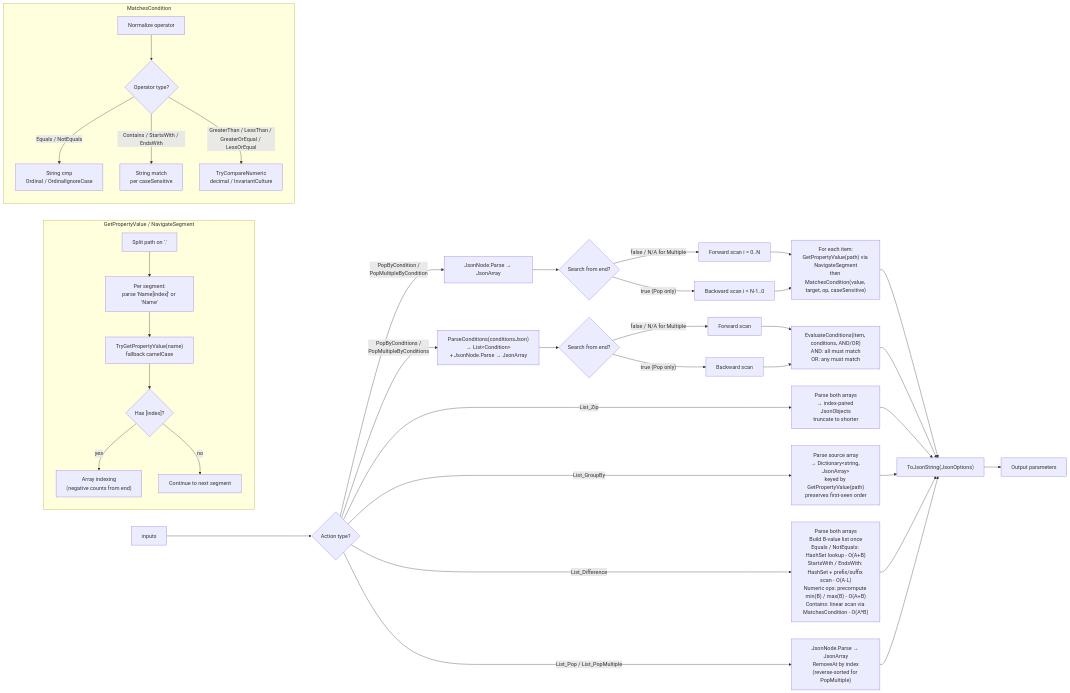
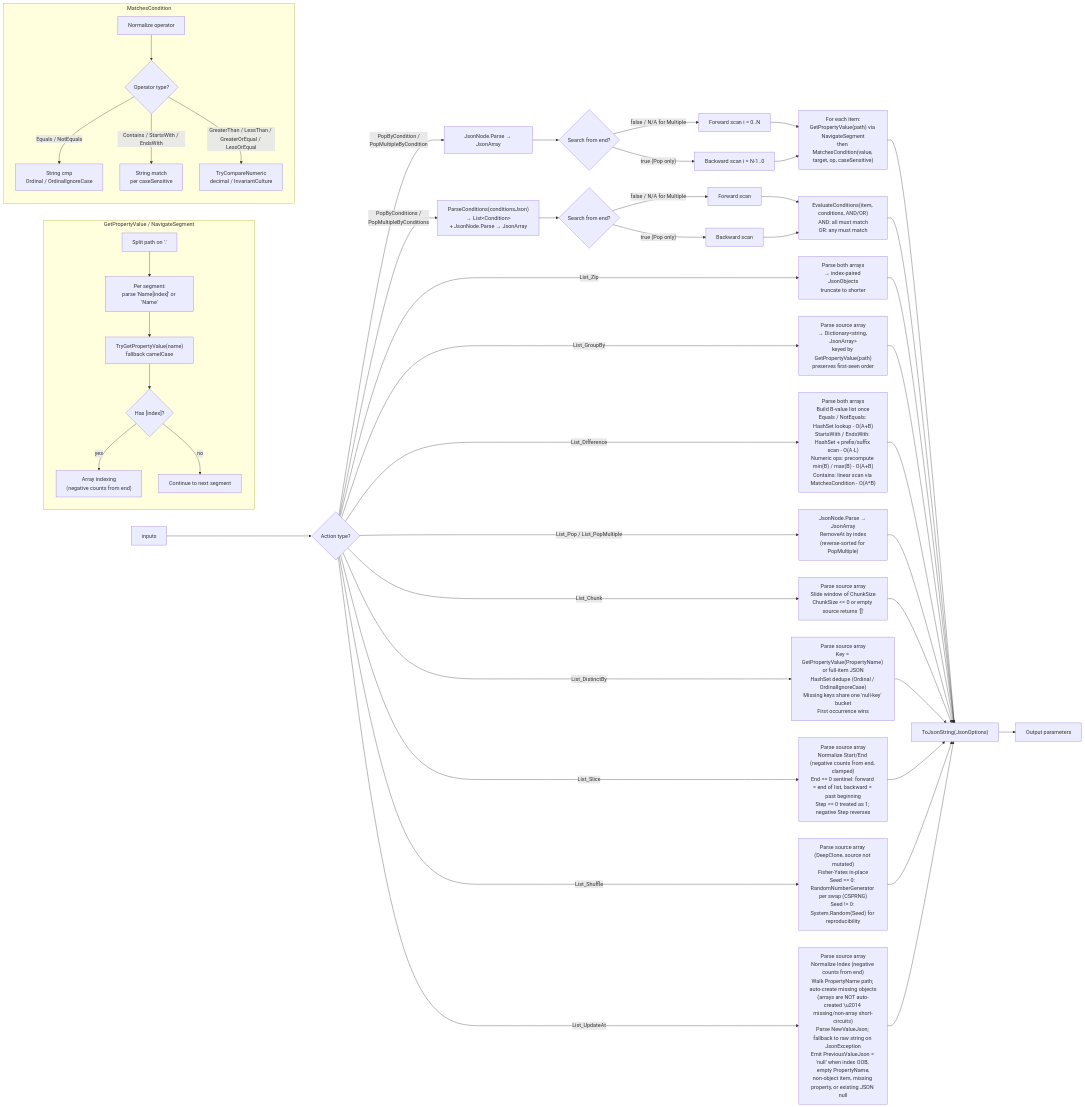
One commit to alex-cres/OSListUtilsServerSide changed the diagram in ARCHITECTURE.md. Above: the diagram before and after it, drawn with Mermaid. The commit also changed other lines of this file and 22 other files, not shown here.

````diff
--- a/ARCHITECTURE.md
+++ b/ARCHITECTURE.md
@@ -66,52 +68,67 @@
 ```mermaid
 flowchart LR
     In[inputs] --> Type{Action type?}
 
     Type -->|List_Pop / List_PopMultiple| IndexOp["JsonNode.Parse → JsonArray<br/>RemoveAt by index<br/>(reverse-sorted for PopMultiple)"]
 
     Type -->|PopByCondition /<br/>PopMultipleByCondition| ParseSingle[JsonNode.Parse → JsonArray]
     ParseSingle --> SingleScan{Search from end?}
     SingleScan -->|"false / N/A for Multiple"| ScanFwd[Forward scan i = 0..N]
     SingleScan -->|"true (Pop only)"| ScanBwd[Backward scan i = N-1..0]
     ScanFwd --> Eval1["For each item:<br/>GetPropertyValue(path) via NavigateSegment<br/>then MatchesCondition(value, target, op, caseSensitive)"]
     ScanBwd --> Eval1
 
     Type -->|PopByConditions /<br/>PopMultipleByConditions| ParseMulti["ParseConditions(conditionsJson)<br/>→ List&lt;Condition&gt;<br/>+ JsonNode.Parse → JsonArray"]
     ParseMulti --> MultiScan{Search from end?}
     MultiScan -->|"false / N/A for Multiple"| ScanFwdM[Forward scan]
     MultiScan -->|"true (Pop only)"| ScanBwdM[Backward scan]
     ScanFwdM --> Eval2["EvaluateConditions(item, conditions, AND/OR)<br/>AND: all must match<br/>OR: any must match"]
     ScanBwdM --> Eval2
 
     Type -->|List_Zip| Zip[Parse both arrays<br/>→ index-paired JsonObjects<br/>truncate to shorter]
 
     Type -->|List_GroupBy| GroupBy["Parse source array<br/>→ Dictionary&lt;string, JsonArray&gt;<br/>keyed by GetPropertyValue(path)<br/>preserves first-seen order"]
 
     Type -->|List_Difference| Diff["Parse both arrays<br/>Build B-value list once<br/>Equals / NotEquals: HashSet lookup - O(A+B)<br/>StartsWith / EndsWith: HashSet + prefix/suffix scan - O(A·L)<br/>Numeric ops: precompute min(B) / max(B) - O(A+B)<br/>Contains: linear scan via MatchesCondition - O(A*B)"]
 
+    Type -->|List_Chunk| Chunk["Parse source array<br/>Slide window of ChunkSize<br/>ChunkSize &lt;= 0 or empty source returns '[]'"]
+
+    Type -->|List_DistinctBy| Distinct["Parse source array<br/>Key = GetPropertyValue(PropertyName) or full-item JSON<br/>HashSet dedupe (Ordinal / OrdinalIgnoreCase)<br/>Missing keys share one 'null-key' bucket<br/>First occurrence wins"]
+
+    Type -->|List_Slice| Slice["Parse source array<br/>Normalize Start/End (negative counts from end, clamped)<br/>End == 0 sentinel: forward = end of list, backward = past beginning<br/>Step == 0 treated as 1; negative Step reverses"]
+
+    Type -->|List_Shuffle| Shuffle["Parse source array (DeepClone, source not mutated)<br/>Fisher-Yates in-place<br/>Seed == 0: RandomNumberGenerator per swap (CSPRNG)<br/>Seed != 0: System.Random(Seed) for reproducibility"]
+
+    Type -->|List_UpdateAt| UpdateAt["Parse source array<br/>Normalize Index (negative counts from end)<br/>Walk PropertyName path; auto-create missing objects<br/>(arrays are NOT auto-created \u2014 missing/non-array short-circuits)<br/>Parse NewValueJson; fallback to raw string on JsonException<br/>Emit PreviousValueJson = 'null' when index OOB, empty PropertyName,<br/>non-object item, missing property, or existing JSON null"]
+
     Eval1 --> Serialize["ToJsonString(JsonOptions)"]
     Eval2 --> Serialize
     Zip --> Serialize
     GroupBy --> Serialize
     Diff --> Serialize
     IndexOp --> Serialize
+    Chunk --> Serialize
+    Distinct --> Serialize
+    Slice --> Serialize
+    Shuffle --> Serialize
+    UpdateAt --> Serialize
 
     Serialize --> Out[Output parameters]
 
     subgraph PathNav[GetPropertyValue / NavigateSegment]
         direction TB
         Path["Split path on '.'"] --> Seg["Per segment:<br/>parse 'Name[index]' or 'Name'"]
         Seg --> Prop["TryGetPropertyValue(name)<br/>fallback camelCase"]
         Prop --> Idx{"Has [index]?"}
         Idx -->|yes| Arr["Array indexing<br/>(negative counts from end)"]
         Idx -->|no| Next[Continue to next segment]
     end
 
     subgraph OpMatch[MatchesCondition]
         direction TB
         Op[Normalize operator] --> Cmp{Operator type?}
         Cmp -->|Equals / NotEquals| StrEq[String cmp<br/>Ordinal / OrdinalIgnoreCase]
         Cmp -->|Contains / StartsWith / EndsWith| StrPat[String match<br/>per caseSensitive]
         Cmp -->|GreaterThan / LessThan / GreaterOrEqual / LessOrEqual| Num[TryCompareNumeric<br/>decimal / InvariantCulture]
     end
 ```
````
